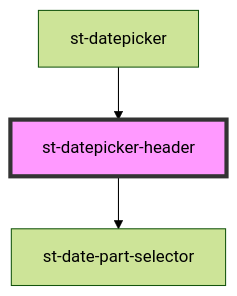
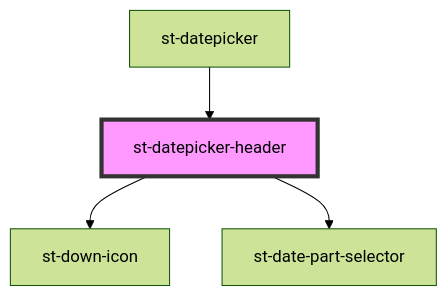
Before and after one commit to k1laba/st-datepicker: the diagram in src/components/inner-components/st-datepicker-header/readme.md, drawn with Mermaid (forest theme). The commit also changed other lines of this file and 25 other files, not shown here.

````diff
--- a/src/components/inner-components/st-datepicker-header/readme.md
+++ b/src/components/inner-components/st-datepicker-header/readme.md
@@ -29,6 +30,7 @@
 ```mermaid
 graph TD;
+  st-datepicker-header --> st-down-icon
   st-datepicker-header --> st-date-part-selector
   st-datepicker --> st-datepicker-header
   style st-datepicker-header fill:#f9f,stroke:#333,stroke-width:4px
 ```
````
